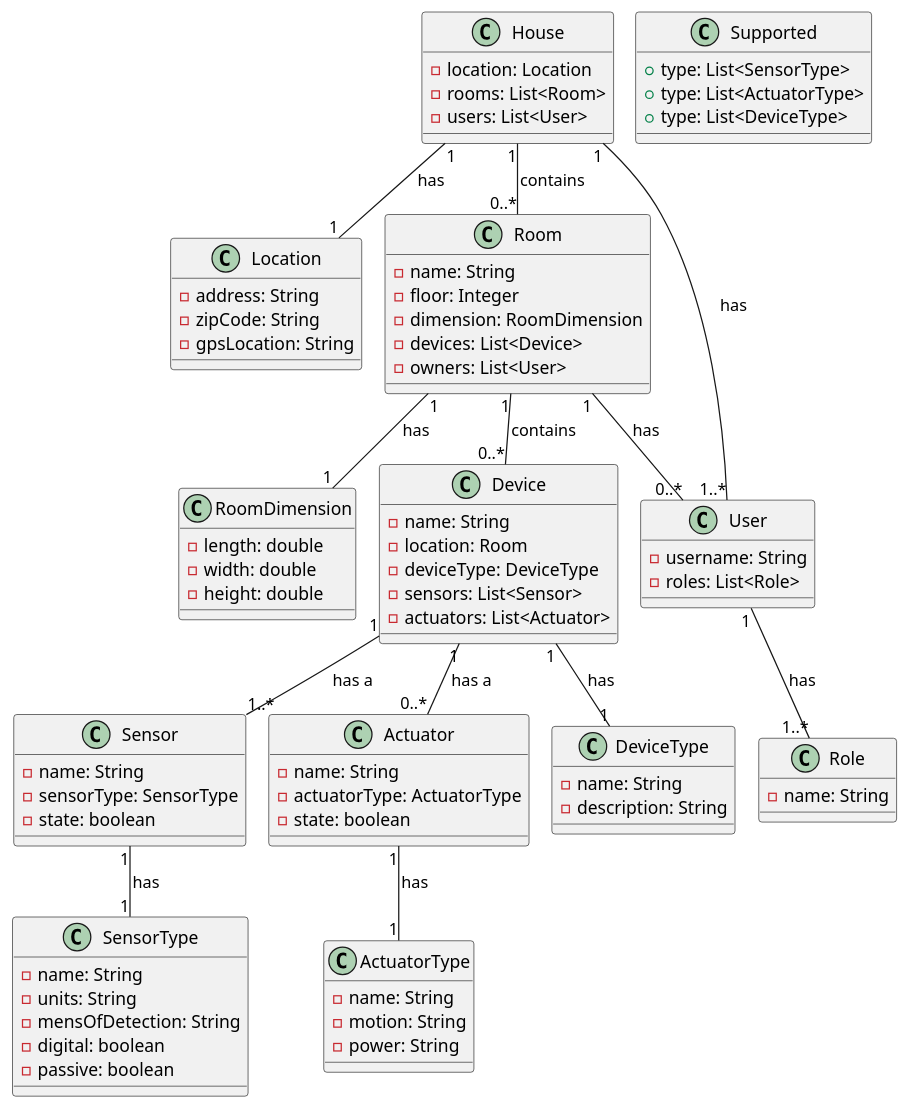
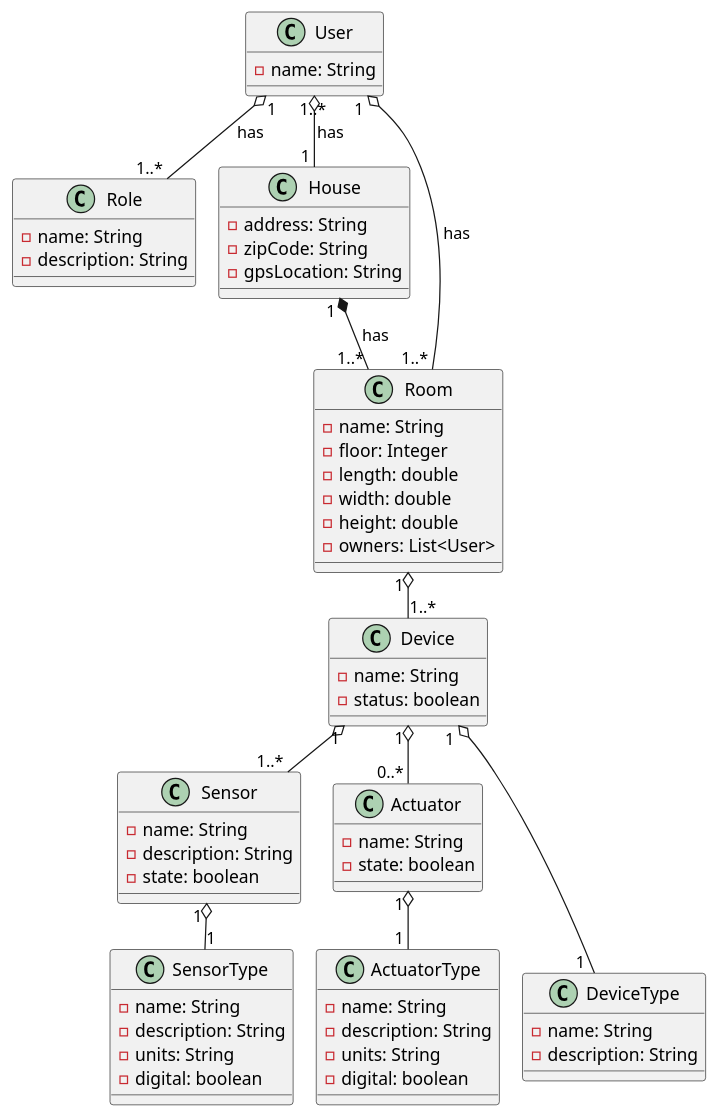
Before and after one commit to rueloParente/rueloSwitch: the diagram in Docs/uml/DomainModel.puml, drawn with PlantUML. The commit also changed 34 other files, not shown here.

```diff
--- a/Docs/uml/DomainModel.puml
+++ b/Docs/uml/DomainModel.puml
@@ -1,110 +1,74 @@
 @startuml
 !pragma layout smetana
 
-class House {
--location: Location
--rooms: List<Room>
--users: List<User>
-}
 
-class Location {
--address: String
--zipCode: String
--gpsLocation: String
+class User{
+    -name: String
 
 }
-' Room is a class that represents a room/divistion of the house, we will be considering
-' that a room can be a bedroom, a kitchen but also a garden or a garage
-class Room {
--name: String
--floor: Integer
--dimension: RoomDimension
--devices: List<Device>
--owners: List<User>
+class Role{
+    -name: String
+    -description: String
+    }
 
-}
+class House{
+    -address: String
+    -zipCode: String
+    -gpsLocation: String
 
-class RoomDimension {
--length: double
--width: double
--height: double
 
-}
+    }
+class Room{
+    -name: String
+    -floor: Integer
+    -length: double
+    -width: double
+    -height: double
+    -owners: List<User>
+    }
+class Device{
+    -name: String
+    -status: boolean
 
-' We can get the device type by a method checking
-' the type of the sensors and actuators
-class Device {
--name: String
--location: Room
--deviceType: DeviceType
--sensors: List<Sensor>
--actuators: List<Actuator>
-}
+    }
+class Sensor{
+    -name: String
+    -description: String
+    -state: boolean
 
-class Sensor {
--name: String
--sensorType: SensorType
--state: boolean
+    }
+class Actuator{
+    -name: String
+    -state: boolean
+    }
+class DeviceType{
+    -name: String
+    -description: String
+    }
+class SensorType{
+    -name: String
+    -description: String
+    -units: String
+    -digital: boolean
+    }
+class ActuatorType{
+    -name: String
+    -description: String
+    -units: String
+    -digital: boolean
+    }
 
-}
-
-class Actuator {
--name: String
--actuatorType: ActuatorType
--state: boolean
-
-}
+House "1 " *-- "1..* " Room : has
+User "1..* " o-- "1 " House : has
+User "1    " o-- "1..* " Role : has
+User "1 " o-- "1..* " Room : has
+Room "1 " o-- "1..* " Device
+Device "1 " o-- "1..* " Sensor
+Device "1 " o-- "0..* " Actuator
+Device "1 " o--- "1  " DeviceType
+Sensor "1 " o-- "1 " SensorType
+Actuator "1 " o-- "1 " ActuatorType
 
 
 
-class DeviceType {
--name: String
--description: String
-
-}
-
-class SensorType {
--name: String
--units: String
--mensOfDetection: String
--digital: boolean
--passive: boolean
-
-}
-
-class ActuatorType {
--name: String
--motion: String
--power: String
-}
-
-class User {
--username: String
--roles: List<Role>
-}
-
-class Role {
--name: String
-}
-
-House "1" -- "1" Location : has
-Room "1" -- "1" RoomDimension : has
-House "1" -- "0..*" Room : contains
-Room "1"-- "0..*" Device : contains
-Device "1" --"1..*" Sensor : has a
-Device "1" --"0..*" Actuator : has a
-House "1" -- "1..*" User : has
-Room "1" -- "0..*" User : has
-User "1"-- "1..*" Role : has
-
-Sensor "1" -- "1" SensorType : has
-Actuator "1" -- "1" ActuatorType : has
-Device "1" -- "1" DeviceType : has
-
-class Supported {
-+type: List<SensorType>
-+type: List<ActuatorType>
-+type: List<DeviceType>
-}
-
 @enduml
```
